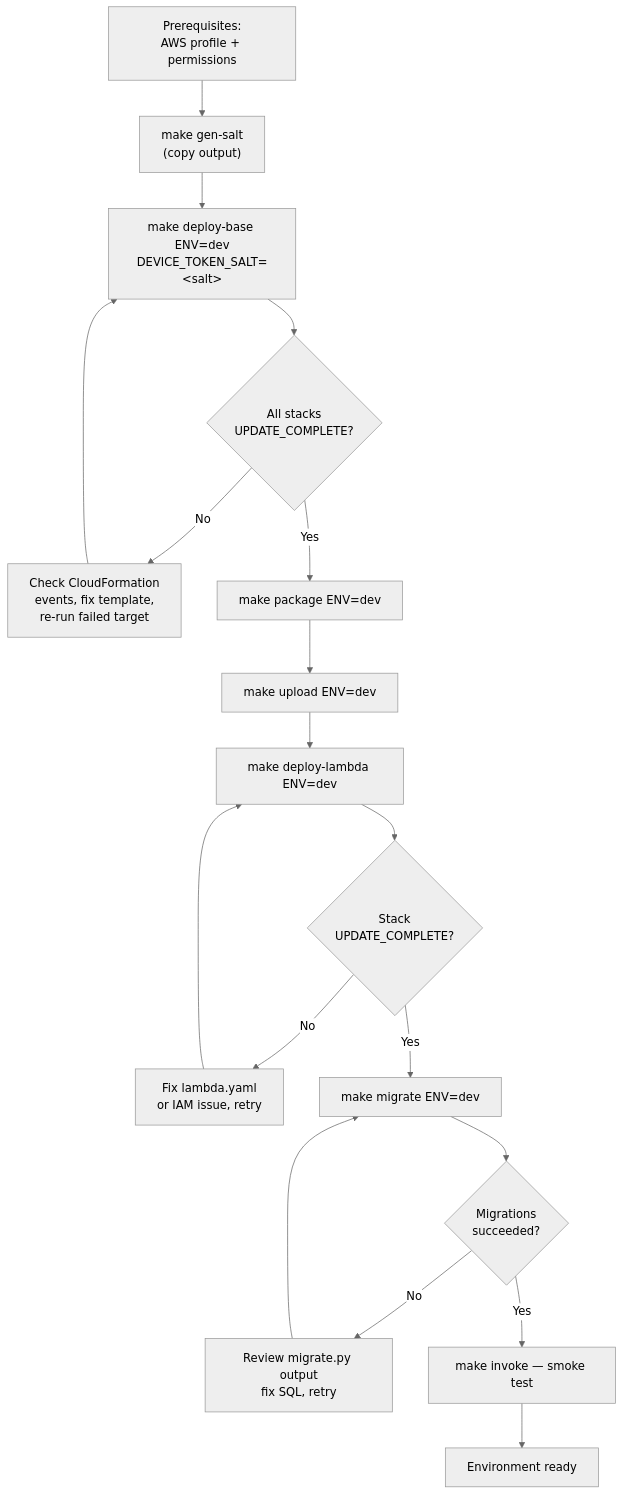
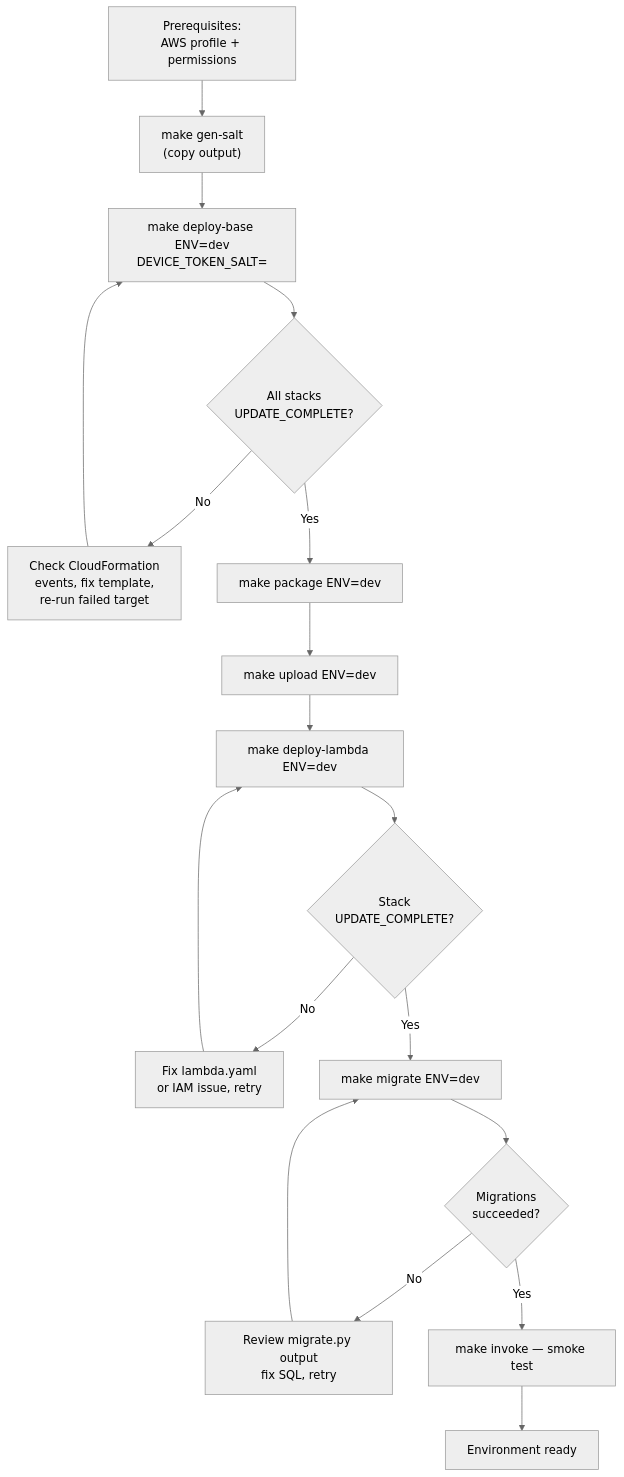
One commit to vrwmiller/outdoorsportsclub changed the diagram in docs/runbooks/first-deploy.md. Above: the diagram before and after it, drawn with Mermaid (neutral theme). The commit also changed other lines of this file and 1 other file, not shown here.

````diff
--- a/docs/runbooks/first-deploy.md
+++ b/docs/runbooks/first-deploy.md
@@ -11,20 +11,20 @@
 ```mermaid
 flowchart TD
     A[Prerequisites:\nAWS profile + permissions] --> B["make gen-salt\n(copy output)"]
-    B --> C["make deploy-base ENV=dev\nDEVICE_TOKEN_SALT=&lt;salt&gt;"]
+    B --> C["make deploy-base ENV=dev\nDEVICE_TOKEN_SALT=<salt>"]
     C --> D{All stacks\nUPDATE_COMPLETE?}
     D -- No --> E[Check CloudFormation\nevents, fix template,\nre-run failed target]
     E --> C
     D -- Yes --> F["make package ENV=dev"]
     F --> G["make upload ENV=dev"]
     G --> H["make deploy-lambda ENV=dev"]
     H --> I{Stack\nUPDATE_COMPLETE?}
     I -- No --> J[Fix lambda.yaml\nor IAM issue, retry]
     J --> H
     I -- Yes --> K["make migrate ENV=dev"]
     K --> L{Migrations\nsucceeded?}
     L -- No --> M[Review migrate.py output\nfix SQL, retry]
     M --> K
     L -- Yes --> N["make invoke — smoke test"]
     N --> O[Environment ready]
 ```
````
